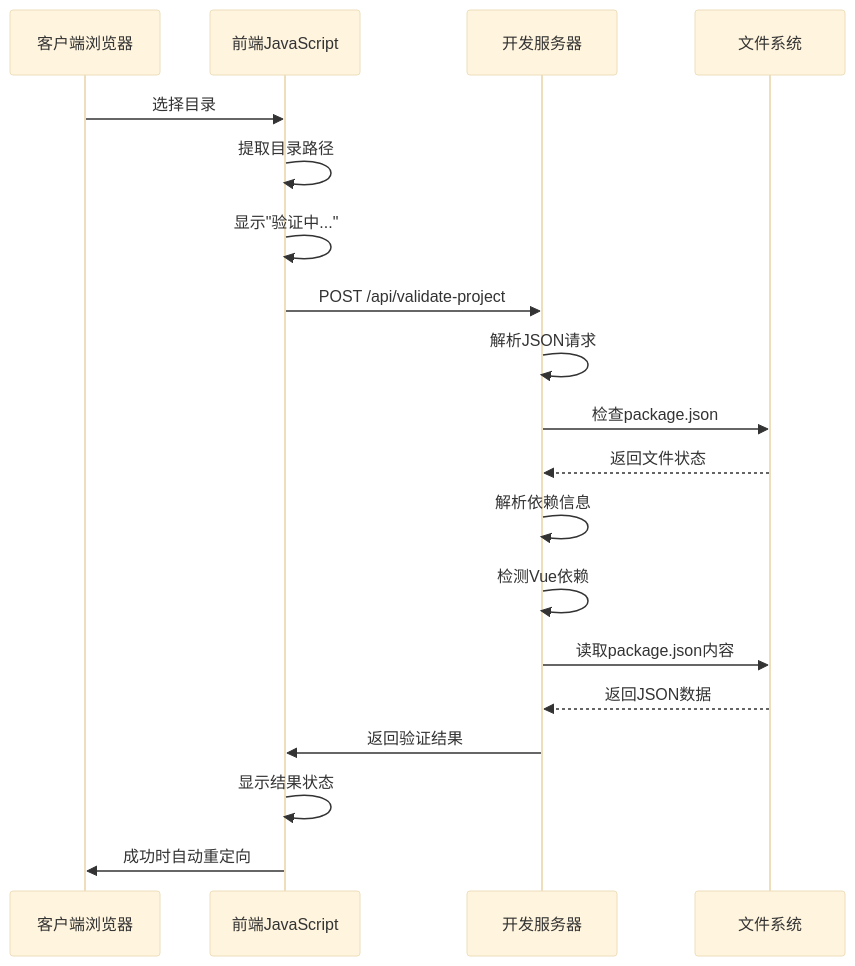
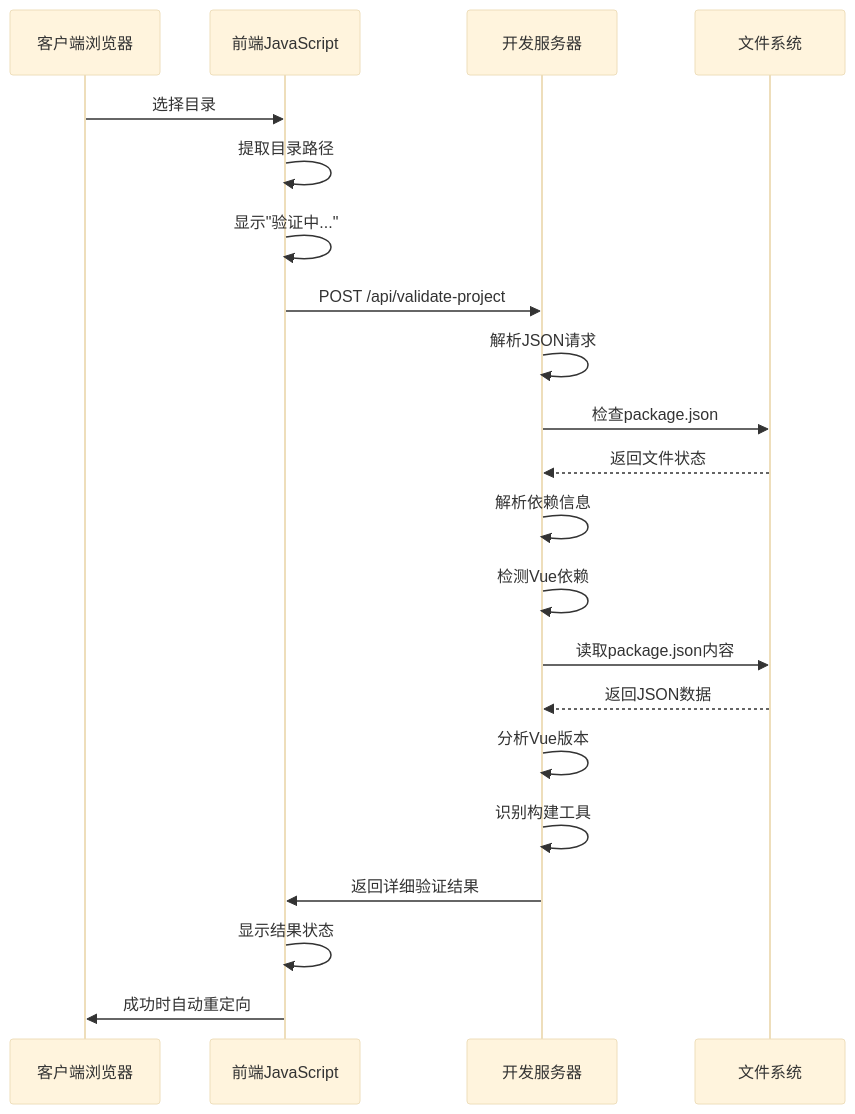
Before and after one commit to itszzl-sudo/iris: the second of 7 diagrams in .qoder/repowiki/zh/content/API参考手册/验证API端点详细说明.md, drawn with Mermaid (base theme). The commit also changed other lines of this file and 5 other files, not shown here.

````diff
--- a/.qoder/repowiki/zh/content/API参考手册/验证API端点详细说明.md
+++ b/.qoder/repowiki/zh/content/API参考手册/验证API端点详细说明.md
@@ -141,21 +170,23 @@
 ```mermaid
 sequenceDiagram
 participant Client as 客户端浏览器
 participant Frontend as 前端JavaScript
 participant Server as 开发服务器
 participant FS as 文件系统
 Client->>Frontend : 选择目录
 Frontend->>Frontend : 提取目录路径
 Frontend->>Frontend : 显示"验证中..."
 Frontend->>Server : POST /api/validate-project
 Server->>Server : 解析JSON请求
 Server->>FS : 检查package.json
 FS-->>Server : 返回文件状态
 Server->>Server : 解析依赖信息
 Server->>Server : 检测Vue依赖
 Server->>FS : 读取package.json内容
 FS-->>Server : 返回JSON数据
-Server->>Frontend : 返回验证结果
+Server->>Server : 分析Vue版本
+Server->>Server : 识别构建工具
+Server->>Frontend : 返回详细验证结果
 Frontend->>Frontend : 显示结果状态
 Frontend->>Client : 成功时自动重定向
 ```
````
